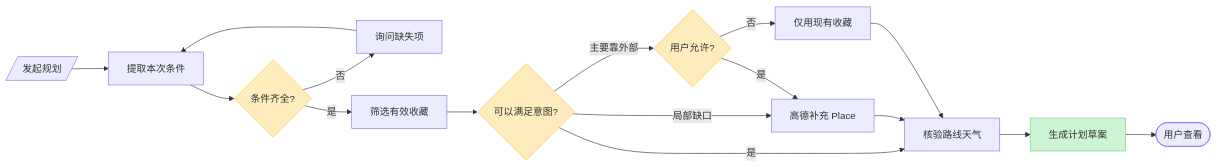
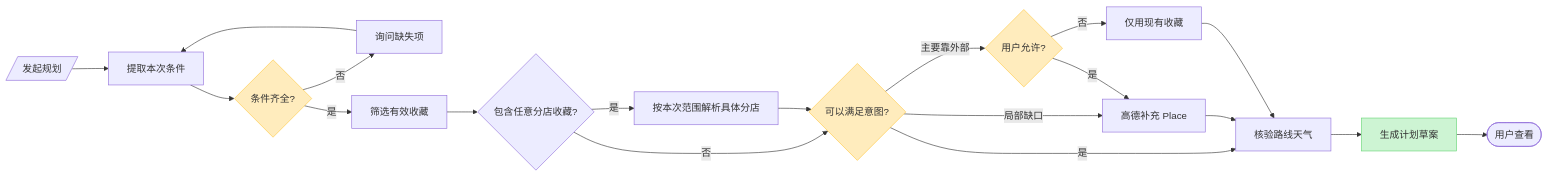
The third of 6 diagrams in docs/product/拾光_核心用户流程_v1.0.md (Zachary2z/Shiguang-Agent), drawn with Mermaid before and after one commit. The commit also changed other lines of this file and 4 other files, not shown here.

Commit message:
docs: define flexible branch collections

````diff
--- a/docs/product/拾光_核心用户流程_v1.0.md
+++ b/docs/product/拾光_核心用户流程_v1.0.md
@@ -231,24 +241,27 @@
 ```mermaid
 flowchart LR
     request[/发起规划/]
     request --> extract[提取本次条件]
     extract --> required{条件齐全?}
     required -->|否| ask[询问缺失项]
     ask --> extract
     required -->|是| filter[筛选有效收藏]
-    filter --> enough{可以满足意图?}
+    filter --> flexible{包含任意分店收藏?}
+    flexible -->|是| resolveBranch[按本次范围解析具体分店]
+    flexible -->|否| enough{可以满足意图?}
+    resolveBranch --> enough
     enough -->|是| verify[核验路线天气]
     enough -->|局部缺口| placeSearch[高德补充 Place]
     enough -->|主要靠外部| permission{用户允许?}
     permission -->|是| placeSearch
     permission -->|否| collectionOnly[仅用现有收藏]
     placeSearch --> verify
     collectionOnly --> verify
     verify --> draft[生成计划草案]
     draft --> review([用户查看])
 
     style required fill:#FFECBD,stroke:#FFC943
     style enough fill:#FFECBD,stroke:#FFC943
     style permission fill:#FFECBD,stroke:#FFC943
     style draft fill:#CDF4D3,stroke:#66D575
 ```
````
